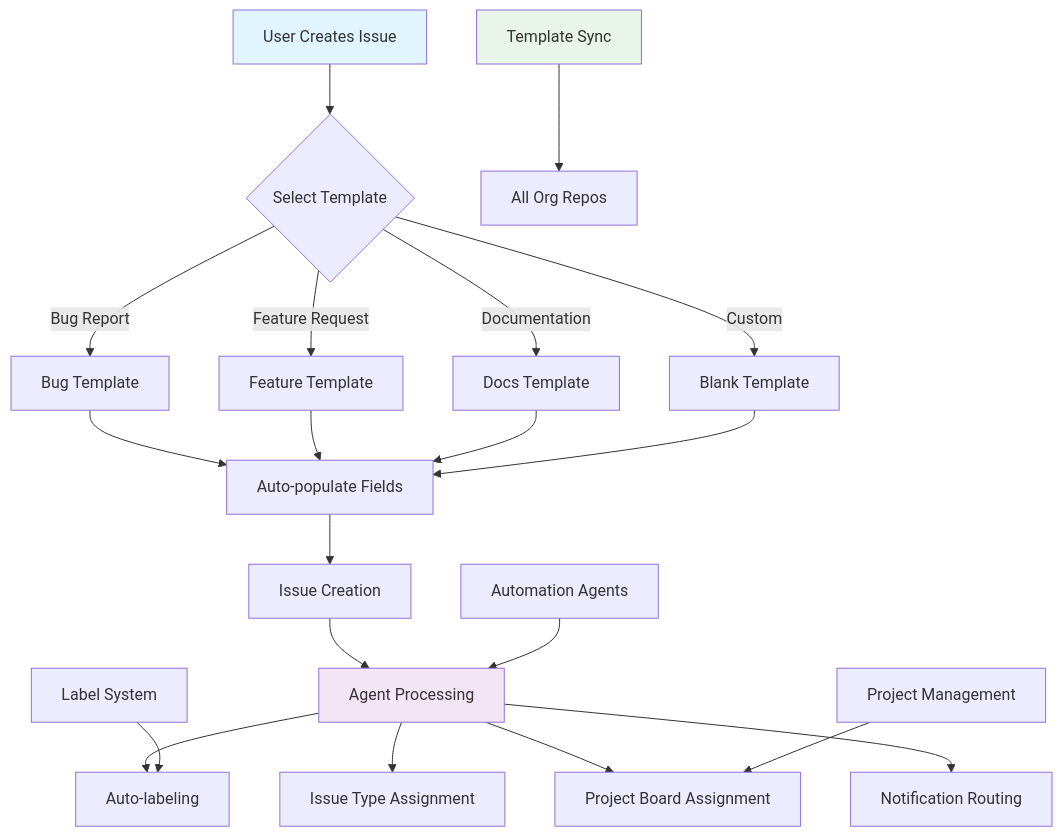
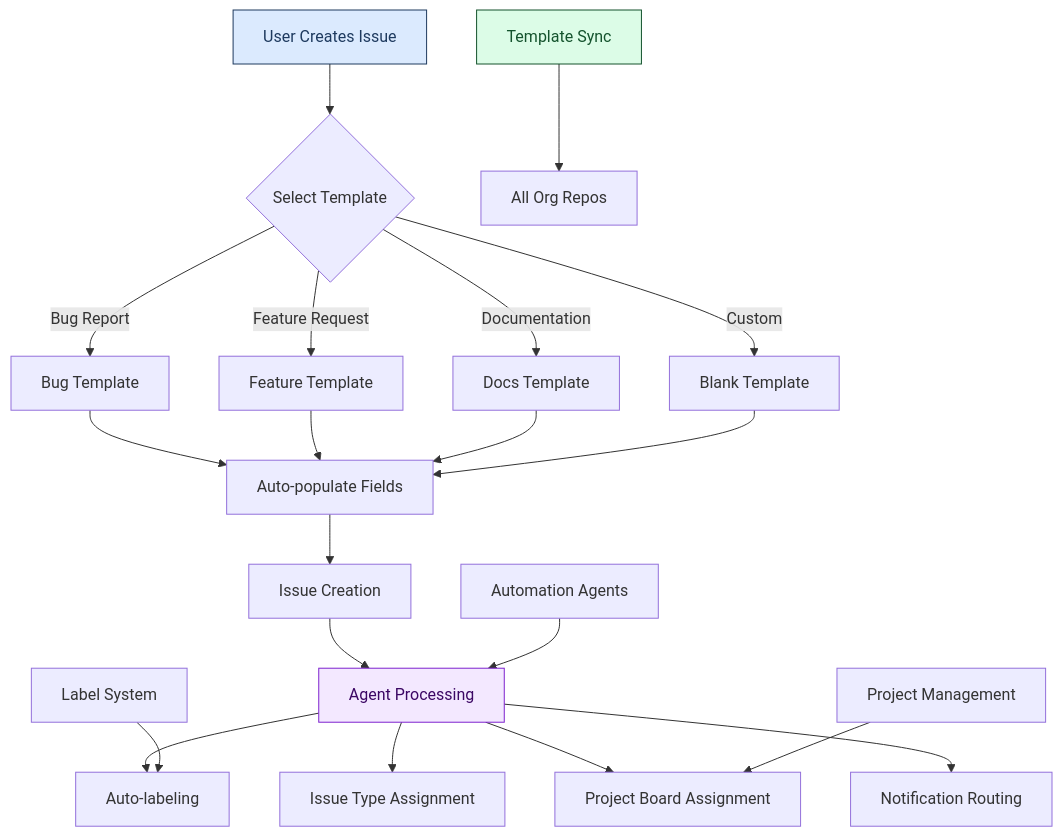
Before and after one commit to lightspeedwp/.github: the diagram in agents/linear-advisor-agent/agent/references/agent_files/ISSUE_TEMPLATE/README.md, drawn with Mermaid. The commit also changed 5 other files, not shown here.

First line of the commit message:
fix(ci): remaining mermaid a11y/contrast, changelog freshness, and E2BIG hardening

````diff
--- a/agents/linear-advisor-agent/agent/references/agent_files/ISSUE_TEMPLATE/README.md
+++ b/agents/linear-advisor-agent/agent/references/agent_files/ISSUE_TEMPLATE/README.md
@@ -48,30 +48,32 @@
 ```mermaid
 flowchart TD
+accTitle: Issue template workflow
+accDescr: Flowchart showing a user selecting an issue template, fields auto-populating, and automation agents handling labeling, issue-type assignment, project board assignment, and notification routing.
     A[User Creates Issue] --> B{Select Template}
     B -->|Bug Report| C[Bug Template]
     B -->|Feature Request| D[Feature Template]
     B -->|Documentation| E[Docs Template]
     B -->|Custom| F[Blank Template]
 
     C --> G[Auto-populate Fields]
     D --> G
     E --> G
     F --> G
 
     G --> H[Issue Creation]
     H --> I[Agent Processing]
 
     I --> J[Auto-labeling]
     I --> K[Issue Type Assignment]
     I --> L[Project Board Assignment]
     I --> M[Notification Routing]
 
     N[Template Sync] --> O[All Org Repos]
     P[Automation Agents] --> I
     Q[Label System] --> J
     R[Project Management] --> L
 
-    style A fill:#e1f5fe
-    style I fill:#f3e5f5
-    style N fill:#e8f5e8
+    style A fill:#dbeafe,color:#1e3a5f,stroke:#1e3a5f
+    style I fill:#f3e8ff,color:#3b0764,stroke:#7e22ce
+    style N fill:#dcfce7,color:#14532d,stroke:#14532d
 ```
````
